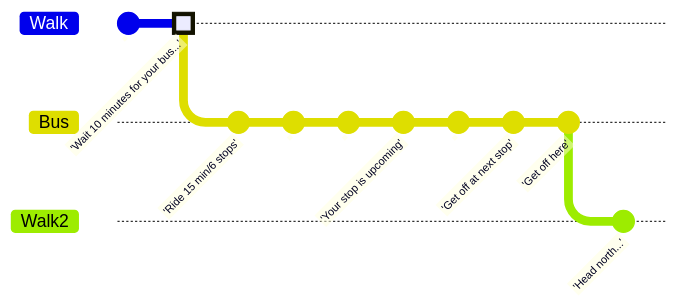
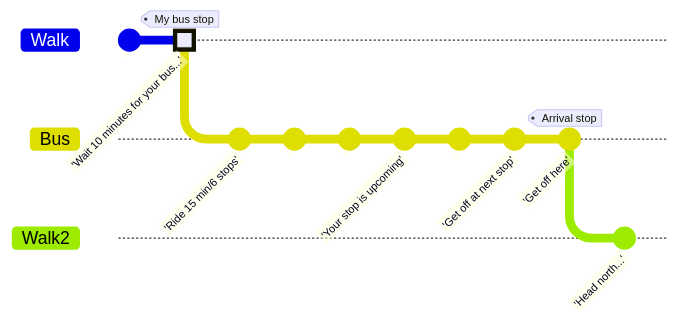
One commit to ibi-group/otp-middleware changed the second of 2 diagrams in docs/live-tracking.md. Above: the diagram before and after it, drawn with Mermaid.

Commit message:
docs(live-tracking): Add bus stops.

````diff
--- a/docs/live-tracking.md
+++ b/docs/live-tracking.md
@@ -106,24 +106,24 @@
 ```mermaid
 ---
 config:
   gitGraph:
     showBranches: true
     showCommitLabel: true
     mainBranchName: 'Walk'
 ---
 gitGraph
     commit id:" "
-    commit id:"'Wait 10 minutes for your bus...'" type: HIGHLIGHT
+    commit id:"'Wait 10 minutes for your bus...'" type: HIGHLIGHT tag:"My bus stop"
     branch Bus
     commit id:"'Ride 15 min/6 stops'"
     commit id:"  "
     commit id:"   "
     commit id:"'Your stop is upcoming'"
     commit id:"    "
     commit id:"'Get off at next stop'"
-    commit id:"'Get off here'"
+    commit id:"'Get off here'" tag:"Arrival stop"
     branch Walk2
     commit id:"'Head north...'"
       
     
 ```
````
